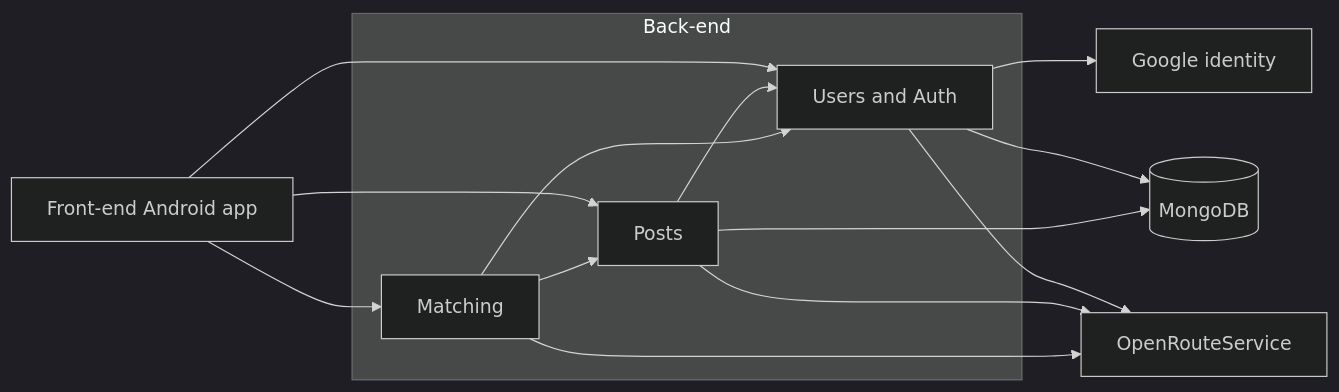
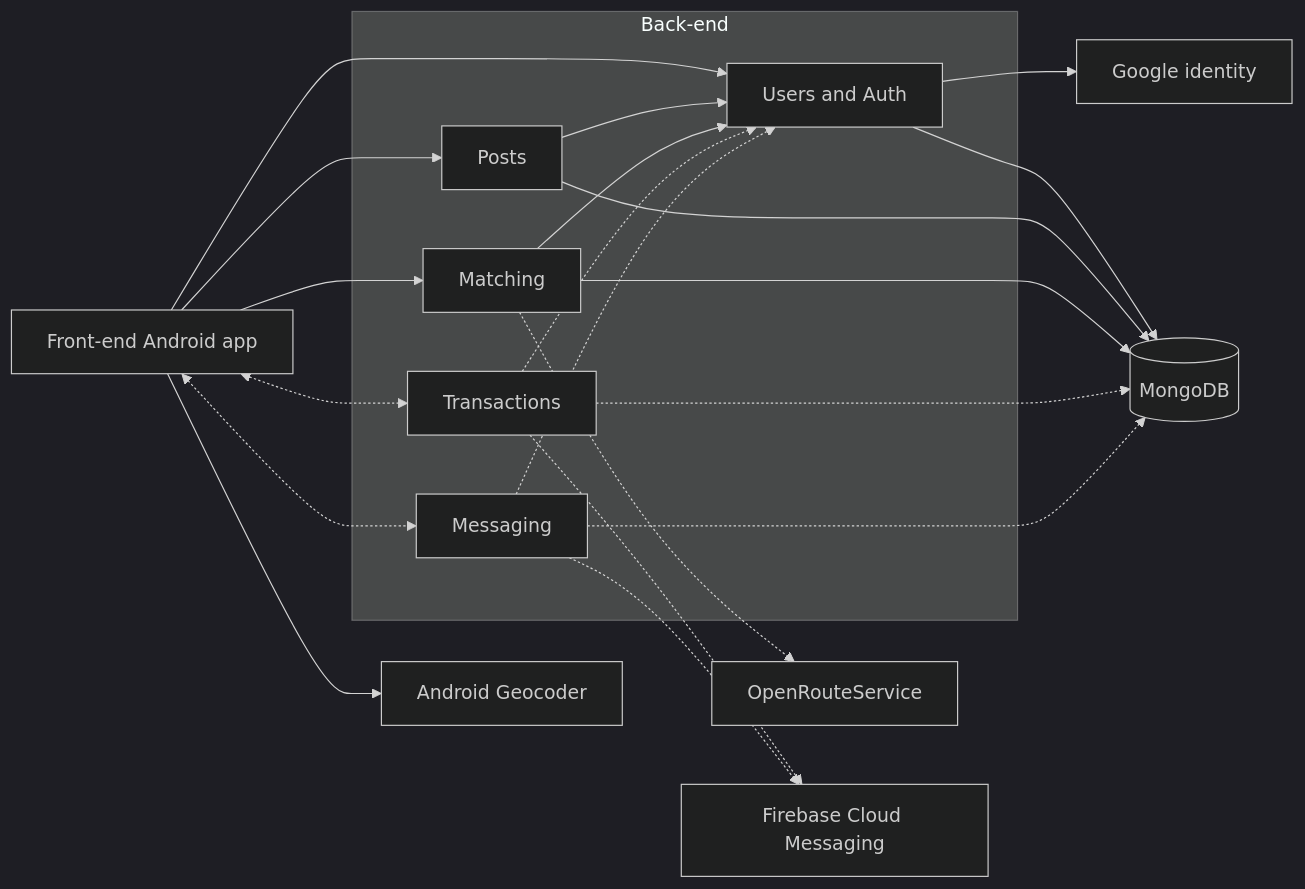
The first of 6 diagrams in documentation/Requirements_and_Design.md (m1lun/m1skeletonProject), drawn with Mermaid (dark theme) before and after one commit. The commit also changed other lines of this file and 3 other files, not shown here.

First line of the commit message:
docs: align requirements and design diagrams with the use cases and components

````diff
--- a/documentation/Requirements_and_Design.md
+++ b/documentation/Requirements_and_Design.md
@@ -391,25 +408,36 @@
 ```mermaid
 flowchart LR
     FE[Front-end Android app]
     subgraph BE["Back-end"]
         UA[Users and Auth]
         P[Posts]
         M[Matching]
+        T[Transactions]
+        MS[Messaging]
     end
     DB[(MongoDB)]
     G[Google identity]
+    GEO[Android Geocoder]
     ORS[OpenRouteService]
+    FCM[Firebase Cloud Messaging]
 
     FE --> UA
     FE --> P
     FE --> M
+    FE --> GEO
+    FE <-.-> T
+    FE <-.-> MS
     UA --> G
     UA --> DB
-    UA --> ORS
+    P --> UA
     P --> DB
-    P --> UA
-    P --> ORS
-    M --> P
     M --> UA
-    M --> ORS
+    M --> DB
+    M -.-> ORS
+    T -.-> UA
+    T -.-> DB
+    T -.-> FCM
+    MS -.-> UA
+    MS -.-> DB
+    MS -.-> FCM
 ```
````
